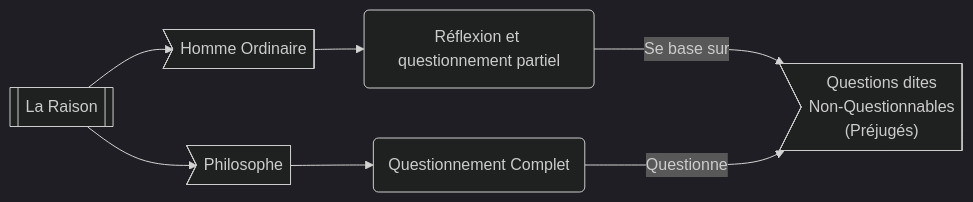
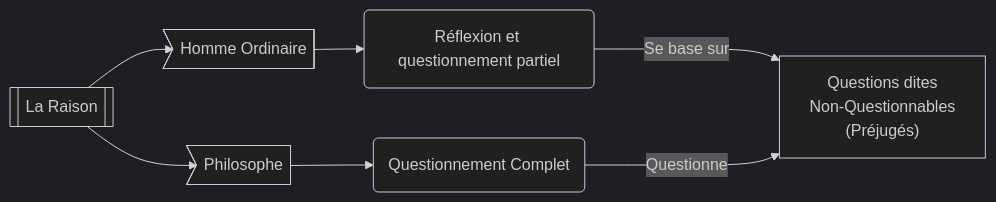
Before and after one commit to Funasitien/la-philo: the diagram in content/1RaisonLiberte/LiberteSacrifices.md, drawn with Mermaid (dark theme). The commit also changed other lines of this file and 1 other file, not shown here.

````diff
--- a/content/1RaisonLiberte/LiberteSacrifices.md
+++ b/content/1RaisonLiberte/LiberteSacrifices.md
@@ -12,13 +12,13 @@
 ```mermaid
 graph LR
     main[[La Raison]]
     b1>Homme Ordinaire]
     a1("`Réflexion et questionnement partiel`")
     b2>Philosophe]
     a2("`Questionnement Complet`")
-    final>"`Questions dites
+    final["`Questions dites
     Non-Questionnables
     (Préjugés)`"]
     main --> b1 --> a1 -- Se base sur ---> final
     main --> b2 --> a2 -- Questionne ---> final
 ```
````
